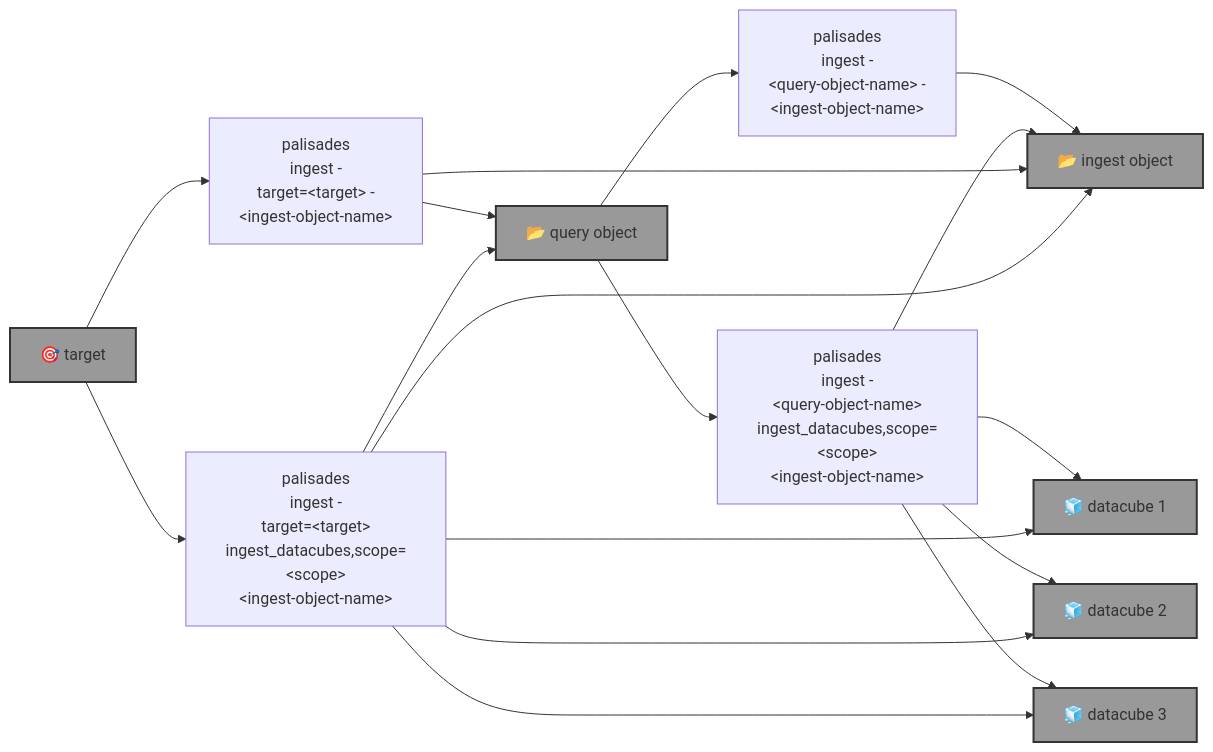
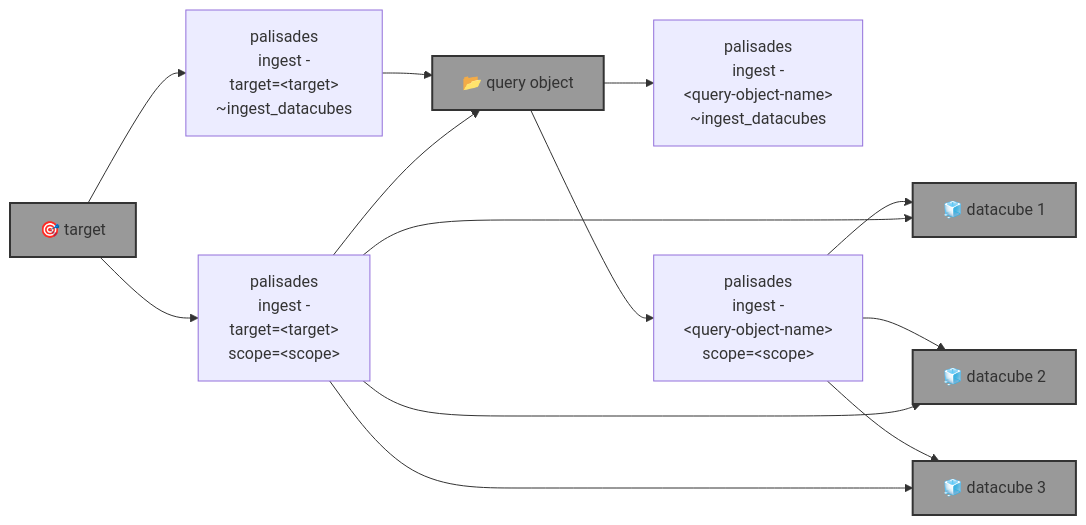
Before and after one commit to kamangir/blue-sandbox: the diagram in blue_sandbox/palisades/README.md, drawn with Mermaid. The commit also changed other lines of this file and 8 other files, not shown here.

Commit message:
palisades ingest - kamangir/bolt#746

````diff
--- a/blue_sandbox/palisades/README.md
+++ b/blue_sandbox/palisades/README.md
@@ -5,37 +5,34 @@
 ```mermaid
 graph LR
-    palisades_ingest_query["palisades<br>ingest -<br>&lt;query-object-name&gt; -<br>&lt;ingest-object-name&gt;"]
-    palisades_ingest_query_ingest["palisades<br>ingest -<br>&lt;query-object-name&gt;<br>ingest_datacubes,scope=&lt;scope&gt;<br>&lt;ingest-object-name&gt;"]
+    palisades_ingest_query["palisades<br>ingest -<br>&lt;query-object-name&gt;<br>~ingest_datacubes"]
 
-    palisades_ingest_target["palisades<br>ingest -<br>target=&lt;target&gt; -<br>&lt;ingest-object-name&gt;"]
-    palisades_ingest_target_ingest["palisades<br>ingest -<br>target=&lt;target&gt;<br>ingest_datacubes,scope=&lt;scope&gt;<br>&lt;ingest-object-name&gt;"]
+    palisades_ingest_query_ingest["palisades<br>ingest -<br>&lt;query-object-name&gt;<br>scope=&lt;scope&gt;"]
+
+    palisades_ingest_target["palisades<br>ingest -<br>target=&lt;target&gt;<br>~ingest_datacubes"]
+
+    palisades_ingest_target_ingest["palisades<br>ingest -<br>target=&lt;target&gt;<br>scope=&lt;scope&gt;"]
 
     target["🎯 target"]:::folder
     query_object["📂 query object"]:::folder
-    ingest_object["📂 ingest object"]:::folder
     datacube_1["🧊 datacube 1"]:::folder
     datacube_2["🧊 datacube 2"]:::folder
     datacube_3["🧊 datacube 3"]:::folder
 
     query_object --> palisades_ingest_query
-    palisades_ingest_query --> ingest_object
 
     query_object --> palisades_ingest_query_ingest
     palisades_ingest_query_ingest --> datacube_1
     palisades_ingest_query_ingest --> datacube_2
     palisades_ingest_query_ingest --> datacube_3
-    palisades_ingest_query_ingest --> ingest_object
 
     target --> palisades_ingest_target
     palisades_ingest_target --> query_object
-    palisades_ingest_target --> ingest_object
 
     target --> palisades_ingest_target_ingest
     palisades_ingest_target_ingest --> query_object
     palisades_ingest_target_ingest --> datacube_1
     palisades_ingest_target_ingest --> datacube_2
     palisades_ingest_target_ingest --> datacube_3
-    palisades_ingest_target_ingest --> ingest_object
 
     classDef folder fill:#999,stroke:#333,stroke-width:2px;
 ```
````
